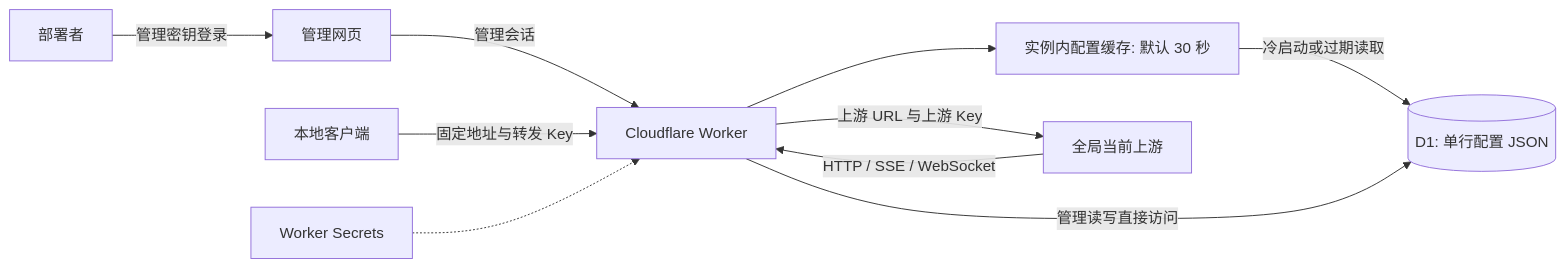
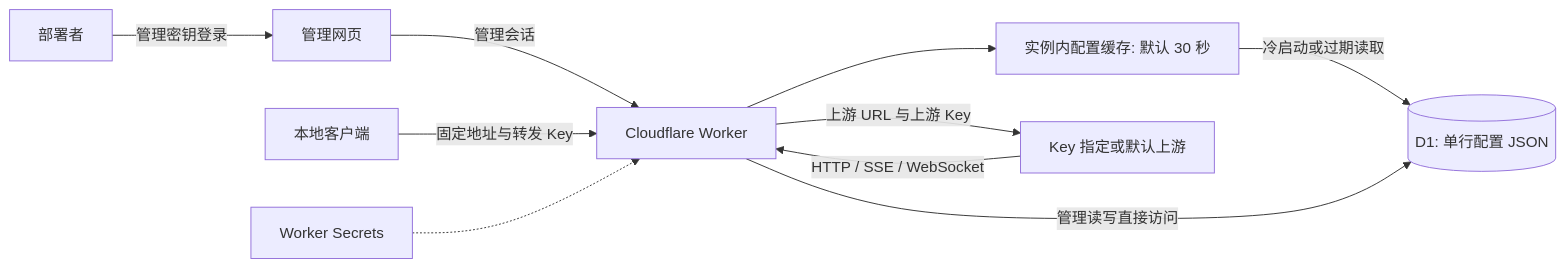
One commit to DeltaB-Lab/thin-proxy changed the first of 2 diagrams in docs/03-架构文档.md. Above: the diagram before and after it, drawn with Mermaid. The commit also changed other lines of this file and 18 other files, not shown here.

````diff
--- a/docs/03-架构文档.md
+++ b/docs/03-架构文档.md
@@ -11,12 +11,12 @@
 ```mermaid
 flowchart LR
     O[部署者] -->|管理密钥登录| M[管理网页]
     M -->|管理会话| W[Cloudflare Worker]
     C[本地客户端] -->|固定地址与转发 Key| W
     W --> C1[实例内配置缓存: 默认 30 秒]
     C1 -->|冷启动或过期读取| D[(D1: 单行配置 JSON)]
     W -->|管理读写直接访问| D
     S[Worker Secrets] -.-> W
-    W -->|上游 URL 与上游 Key| U[全局当前上游]
+    W -->|上游 URL 与上游 Key| U[Key 指定或默认上游]
     U -->|HTTP / SSE / WebSocket| W
 ```
````
